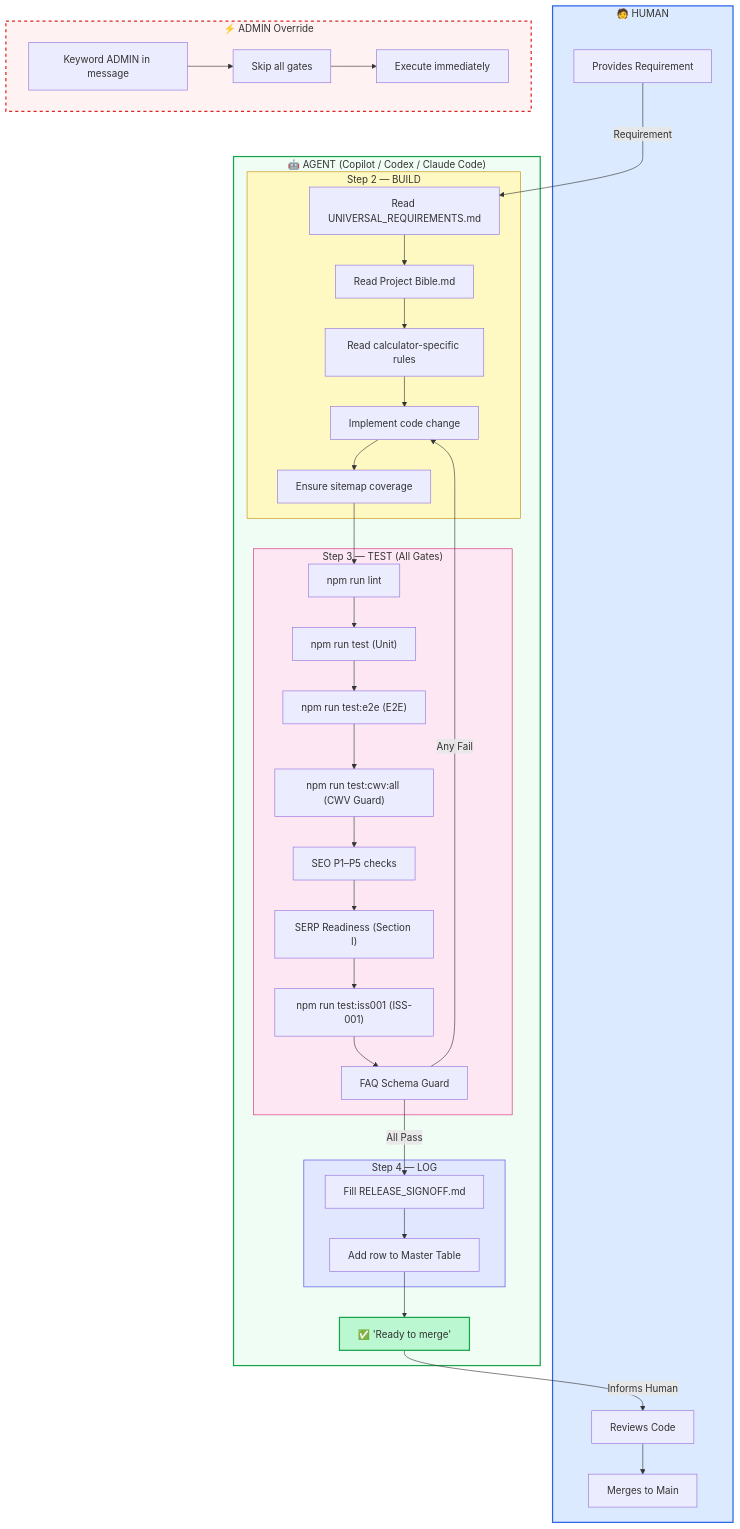
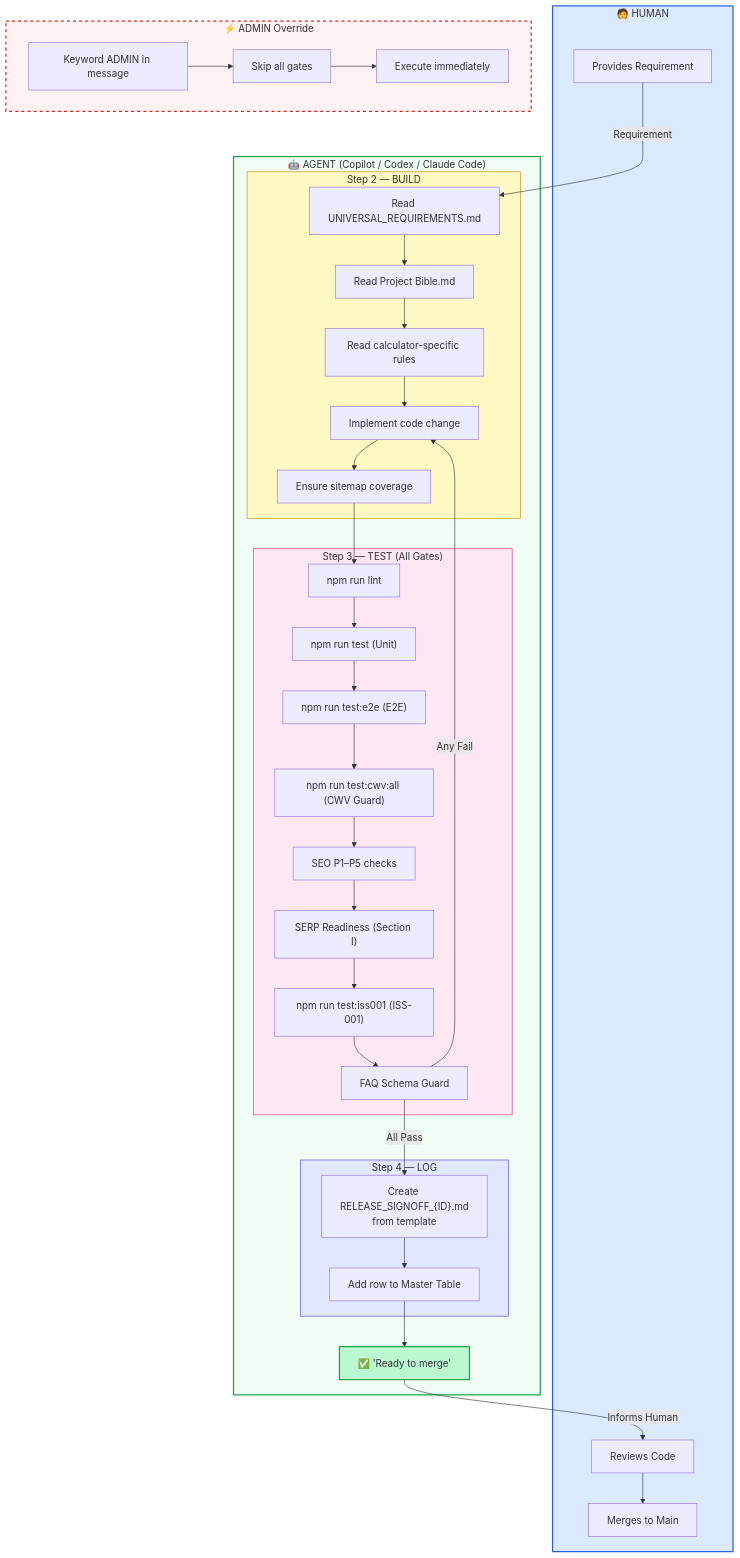
One commit to kartheekbezawada/calchowmuch changed the first of 5 diagrams in workflowpng.md. Above: the diagram before and after it, drawn with Mermaid. The commit also changed other lines of this file and 111 other files, not shown here.

````diff
--- a/workflowpng.md
+++ b/workflowpng.md
@@ -9,66 +9,67 @@
 ```mermaid
 flowchart TD
     subgraph HUMAN["🧑 HUMAN"]
         H1["Provides Requirement"]
         H2["Reviews Code"]
         H3["Merges to Main"]
     end
 
     subgraph AGENT["🤖 AGENT (Copilot / Codex / Claude Code)"]
         subgraph BUILD["Step 2 — BUILD"]
             B1["Read UNIVERSAL_REQUIREMENTS.md"]
             B2["Read Project Bible.md"]
             B3["Read calculator-specific rules"]
             B4["Implement code change"]
             B5["Ensure sitemap coverage"]
         end
 
         subgraph TEST["Step 3 — TEST (All Gates)"]
             T1["npm run lint"]
             T2["npm run test (Unit)"]
             T3["npm run test:e2e (E2E)"]
             T4["npm run test:cwv:all (CWV Guard)"]
             T5["SEO P1–P5 checks"]
             T6["SERP Readiness (Section I)"]
             T7["npm run test:iss001 (ISS-001)"]
             T8["FAQ Schema Guard"]
         end
 
         subgraph LOG["Step 4 — LOG"]
-            L1["Fill RELEASE_SIGNOFF.md"]
+            L1["Create RELEASE_SIGNOFF_{ID}.md
+from template"]
             L2["Add row to Master Table"]
         end
 
         R1["✅ 'Ready to merge'"]
     end
 
     subgraph ADMIN_MODE["⚡ ADMIN Override"]
         A1["Keyword ADMIN in message"]
         A2["Skip all gates"]
         A3["Execute immediately"]
     end
 
     H1 -->|"Requirement"| B1
     B1 --> B2 --> B3 --> B4 --> B5
     B5 --> T1
 
     T1 --> T2 --> T3 --> T4 --> T5 --> T6 --> T7 --> T8
 
     T8 -->|"All Pass"| L1
     T8 -->|"Any Fail"| B4
 
     L1 --> L2 --> R1
 
     R1 -->|"Informs Human"| H2
     H2 --> H3
 
     A1 --> A2 --> A3
 
     style HUMAN fill:#dbeafe,stroke:#2563eb,stroke-width:2px
     style AGENT fill:#f0fdf4,stroke:#16a34a,stroke-width:2px
     style BUILD fill:#fef9c3,stroke:#ca8a04,stroke-width:1px
     style TEST fill:#fce7f3,stroke:#db2777,stroke-width:1px
     style LOG fill:#e0e7ff,stroke:#4f46e5,stroke-width:1px
     style ADMIN_MODE fill:#fef2f2,stroke:#dc2626,stroke-width:2px,stroke-dasharray: 5 5
     style R1 fill:#bbf7d0,stroke:#16a34a,stroke-width:2px
 ```
````
